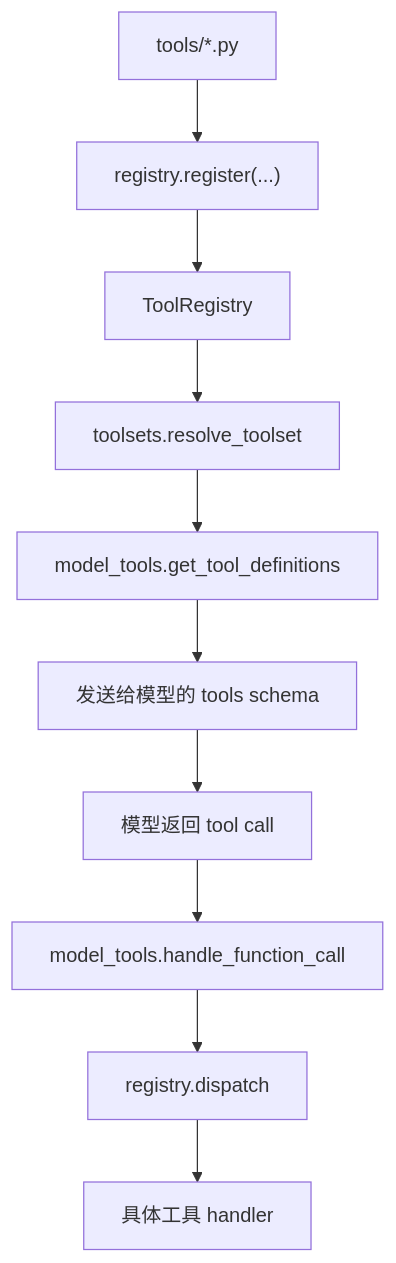
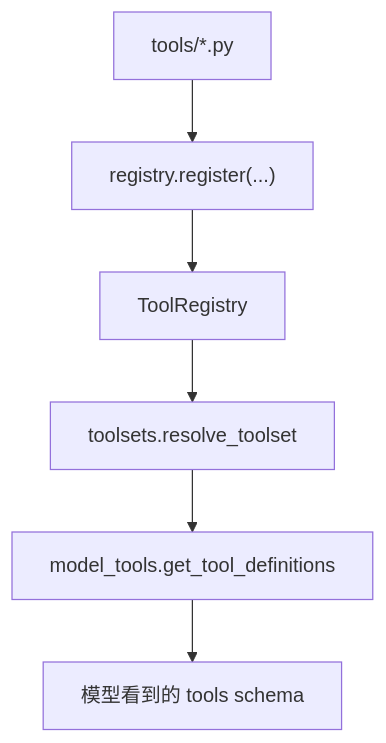
Before and after one commit to teachershuang/Hermes-learn: the second of 3 diagrams in docs/stage-0/00-全局架构地图.md, drawn with Mermaid. The commit also changed other lines of this file, not shown here.

````diff
--- a/docs/stage-0/00-全局架构地图.md
+++ b/docs/stage-0/00-全局架构地图.md
@@ -145,12 +192,8 @@
 ```mermaid
 flowchart TD
     ToolFile["tools/*.py"] --> Register["registry.register(...)"]
     Register --> Registry["ToolRegistry"]
     Registry --> Toolsets["toolsets.resolve_toolset"]
     Toolsets --> Definitions["model_tools.get_tool_definitions"]
-    Definitions --> Model["发送给模型的 tools schema"]
-    Model --> ToolCall["模型返回 tool call"]
-    ToolCall --> Handle["model_tools.handle_function_call"]
-    Handle --> Dispatch["registry.dispatch"]
-    Dispatch --> Handler["具体工具 handler"]
+    Definitions --> Model["模型看到的 tools schema"]
 ```
````
